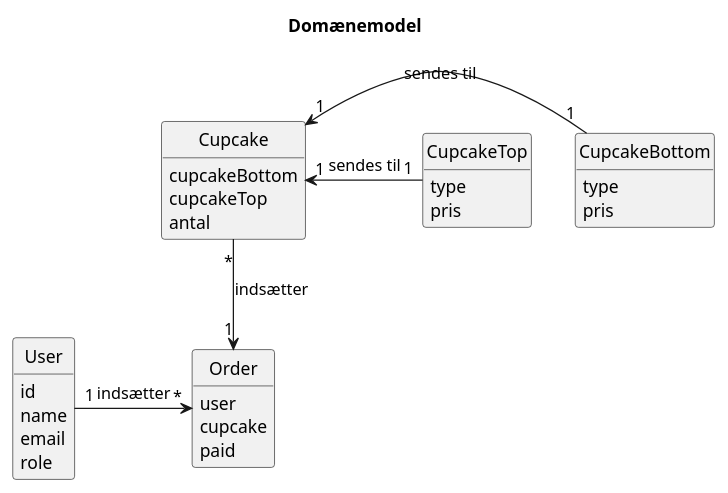
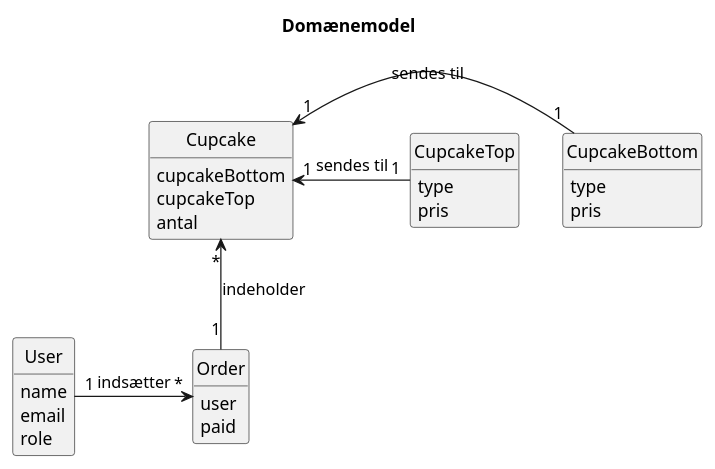
The diagram in src/main/java/plantuml/domaindiagram.puml (tobias-z/Cupcake-Resterende), drawn with PlantUML before and after one commit. The commit also changed 19 other files, not shown here.

```diff
--- a/src/main/java/plantuml/domaindiagram.puml
+++ b/src/main/java/plantuml/domaindiagram.puml
@@ -1,44 +1,42 @@
 @startuml
 
 Title Domænemodel
 
 hide circle
 hide methods
 
 
 class Cupcake {
     cupcakeBottom
     cupcakeTop
     antal
 }
 
 class CupcakeBottom {
    type
    pris
 }
 
 class CupcakeTop {
    type
    pris
 }
 
 class Order {
     user
-    cupcake
     paid
 }
 
 class User {
-    id
     name
     email
     role
 }
 
 User "1" -right-> "*" Order: indsætter
 Cupcake "1" <-right- "1" CupcakeBottom: sendes til
 Cupcake "1" <-right- "1" CupcakeTop: sendes til
-Cupcake "*" --> "1" Order: indsætter
+Cupcake "*" <-- "1" Order: indeholder
 
 
 @enduml
```
